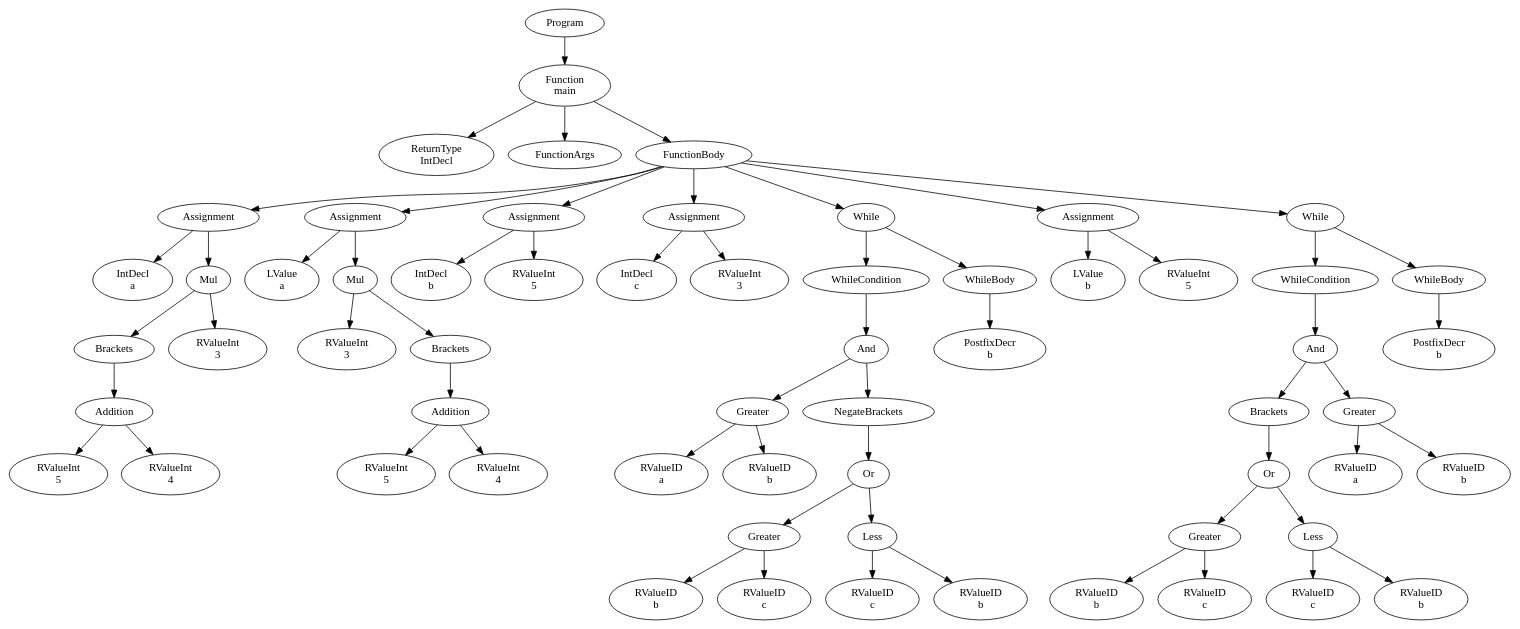
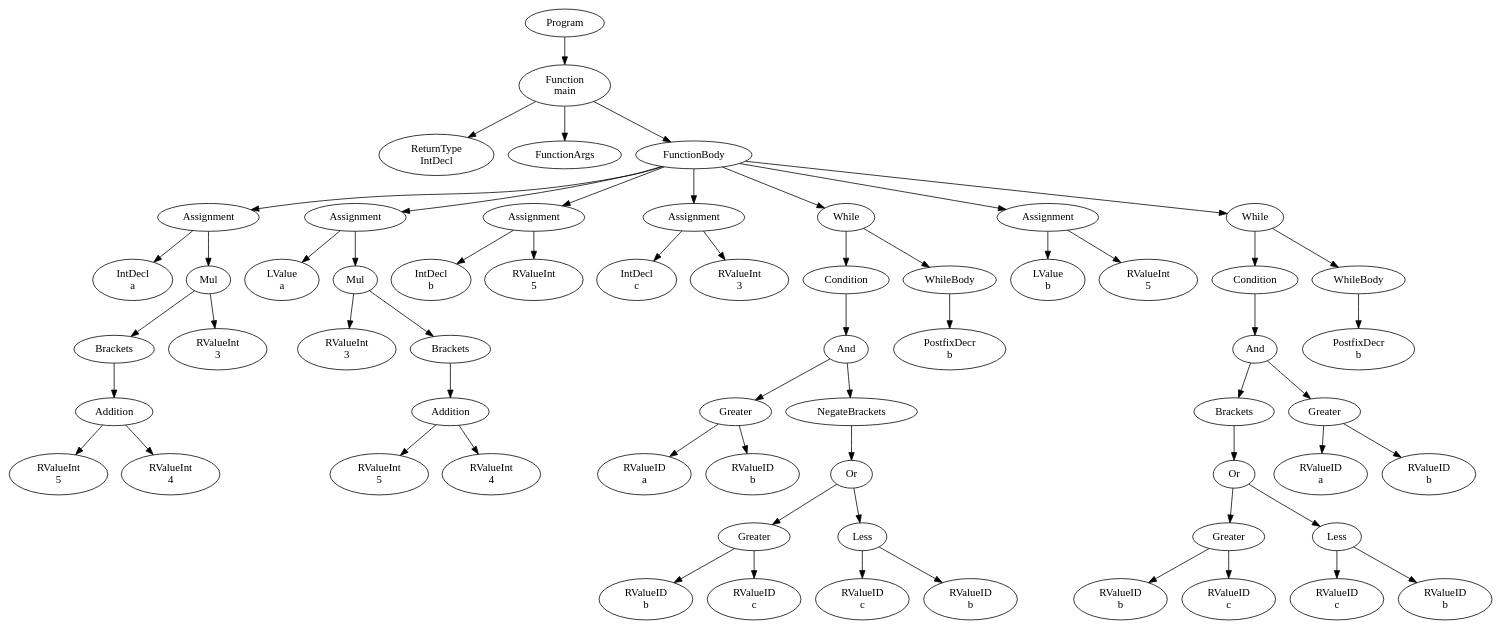
Before and after one commit to FedericoQuin/Compilers: the diagram in official/res/solutions/brackets.dot, drawn with Graphviz. The commit also changed 15 other files, not shown here.

```diff
--- a/official/res/solutions/brackets.dot
+++ b/official/res/solutions/brackets.dot
@@ -1,125 +1,125 @@
 digraph AST {
 1 [label="Program"];
 2 [label="Function \nmain"];
 3 [label="ReturnType \nIntDecl"];
 4 [label="FunctionArgs"];
 5 [label="FunctionBody"];
 6 [label="Assignment"];
 7 [label="IntDecl \na"];
 8 [label="Mul"];
 9 [label="Brackets"];
 10 [label="Addition"];
 11 [label="RValueInt \n5"];
 12 [label="RValueInt \n4"];
 10 -> 11;
 10 -> 12;
 9 -> 10;
 13 [label="RValueInt \n3"];
 8 -> 9;
 8 -> 13;
 6 -> 7;
 6 -> 8;
 14 [label="Assignment"];
 15 [label="LValue \na"];
 16 [label="Mul"];
 17 [label="RValueInt \n3"];
 18 [label="Brackets"];
 19 [label="Addition"];
 20 [label="RValueInt \n5"];
 21 [label="RValueInt \n4"];
 19 -> 20;
 19 -> 21;
 18 -> 19;
 16 -> 17;
 16 -> 18;
 14 -> 15;
 14 -> 16;
 22 [label="Assignment"];
 23 [label="IntDecl \nb"];
 24 [label="RValueInt \n5"];
 22 -> 23;
 22 -> 24;
 25 [label="Assignment"];
 26 [label="IntDecl \nc"];
 27 [label="RValueInt \n3"];
 25 -> 26;
 25 -> 27;
 28 [label="While"];
-29 [label="WhileCondition"];
+29 [label="Condition"];
 30 [label="And"];
 31 [label="Greater"];
 32 [label="RValueID \na"];
 33 [label="RValueID \nb"];
 31 -> 32;
 31 -> 33;
 34 [label="NegateBrackets"];
 35 [label="Or"];
 36 [label="Greater"];
 37 [label="RValueID \nb"];
 38 [label="RValueID \nc"];
 36 -> 37;
 36 -> 38;
 39 [label="Less"];
 40 [label="RValueID \nc"];
 41 [label="RValueID \nb"];
 39 -> 40;
 39 -> 41;
 35 -> 36;
 35 -> 39;
 34 -> 35;
 30 -> 31;
 30 -> 34;
 29 -> 30;
 42 [label="WhileBody"];
 43 [label="PostfixDecr \nb"];
 42 -> 43;
 28 -> 29;
 28 -> 42;
 44 [label="Assignment"];
 45 [label="LValue \nb"];
 46 [label="RValueInt \n5"];
 44 -> 45;
 44 -> 46;
 47 [label="While"];
-48 [label="WhileCondition"];
+48 [label="Condition"];
 49 [label="And"];
 50 [label="Brackets"];
 51 [label="Or"];
 52 [label="Greater"];
 53 [label="RValueID \nb"];
 54 [label="RValueID \nc"];
 52 -> 53;
 52 -> 54;
 55 [label="Less"];
 56 [label="RValueID \nc"];
 57 [label="RValueID \nb"];
 55 -> 56;
 55 -> 57;
 51 -> 52;
 51 -> 55;
 50 -> 51;
 58 [label="Greater"];
 59 [label="RValueID \na"];
 60 [label="RValueID \nb"];
 58 -> 59;
 58 -> 60;
 49 -> 50;
 49 -> 58;
 48 -> 49;
 61 [label="WhileBody"];
 62 [label="PostfixDecr \nb"];
 61 -> 62;
 47 -> 48;
 47 -> 61;
 5 -> 6;
 5 -> 14;
 5 -> 22;
 5 -> 25;
 5 -> 28;
 5 -> 44;
 5 -> 47;
 2 -> 3;
 2 -> 4;
 2 -> 5;
 1 -> 2;
 }
```
